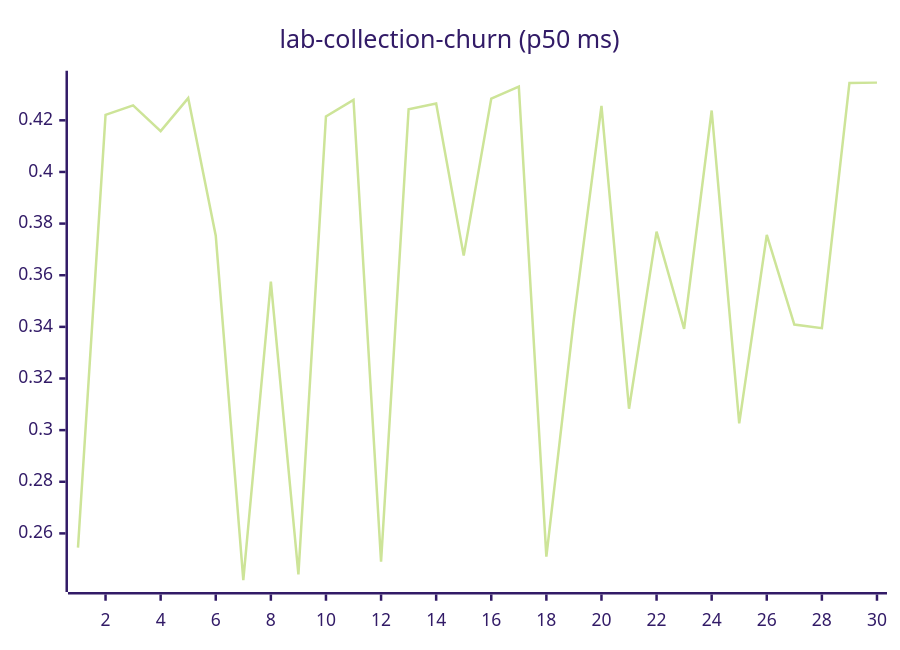
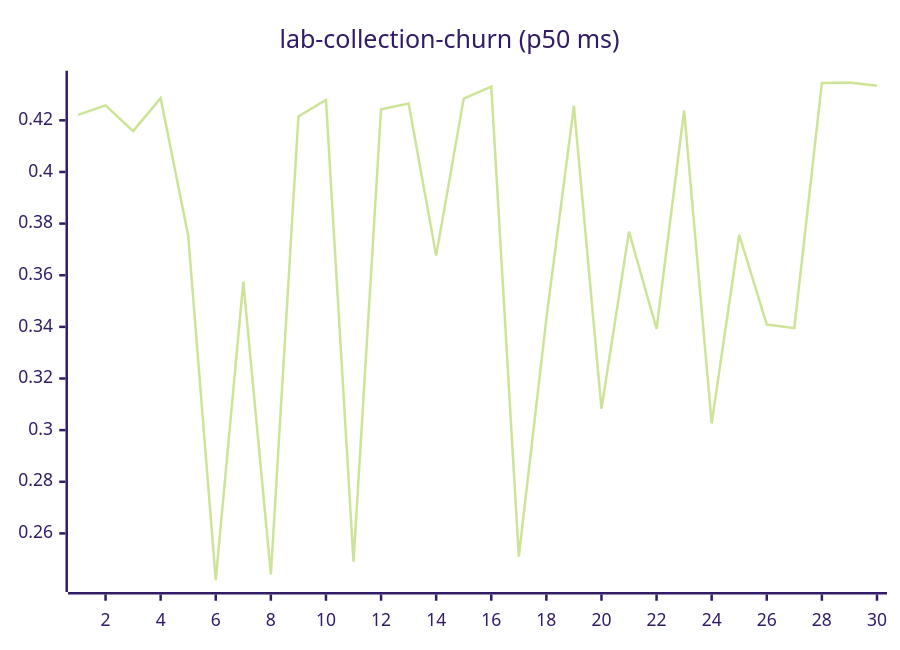
One commit to josha/Facet changed diagram 11 of 27 in README.md. Above: the diagram before and after it, drawn with Mermaid (forest theme). The commit also changed other lines of this file and 2 other files, not shown here.

````diff
--- a/README.md
+++ b/README.md
@@ -133,6 +133,6 @@
 ```mermaid
 xychart-beta
     title "lab-collection-churn (p50 ms)"
     x-axis 1 --> 30
-    line [0.2545, 0.4221, 0.4258, 0.4158, 0.4286, 0.3753, 0.2419, 0.3575, 0.2441, 0.4215, 0.4279, 0.2490, 0.4243, 0.4265, 0.3676, 0.4284, 0.4331, 0.2510, 0.3432, 0.4256, 0.3083, 0.3769, 0.3392, 0.4238, 0.3026, 0.3756, 0.3409, 0.3395, 0.4345, 0.4346]
+    line [0.4221, 0.4258, 0.4158, 0.4286, 0.3753, 0.2419, 0.3575, 0.2441, 0.4215, 0.4279, 0.2490, 0.4243, 0.4265, 0.3676, 0.4284, 0.4331, 0.2510, 0.3432, 0.4256, 0.3083, 0.3769, 0.3392, 0.4238, 0.3026, 0.3756, 0.3409, 0.3395, 0.4345, 0.4346, 0.4334]
 ```
````
